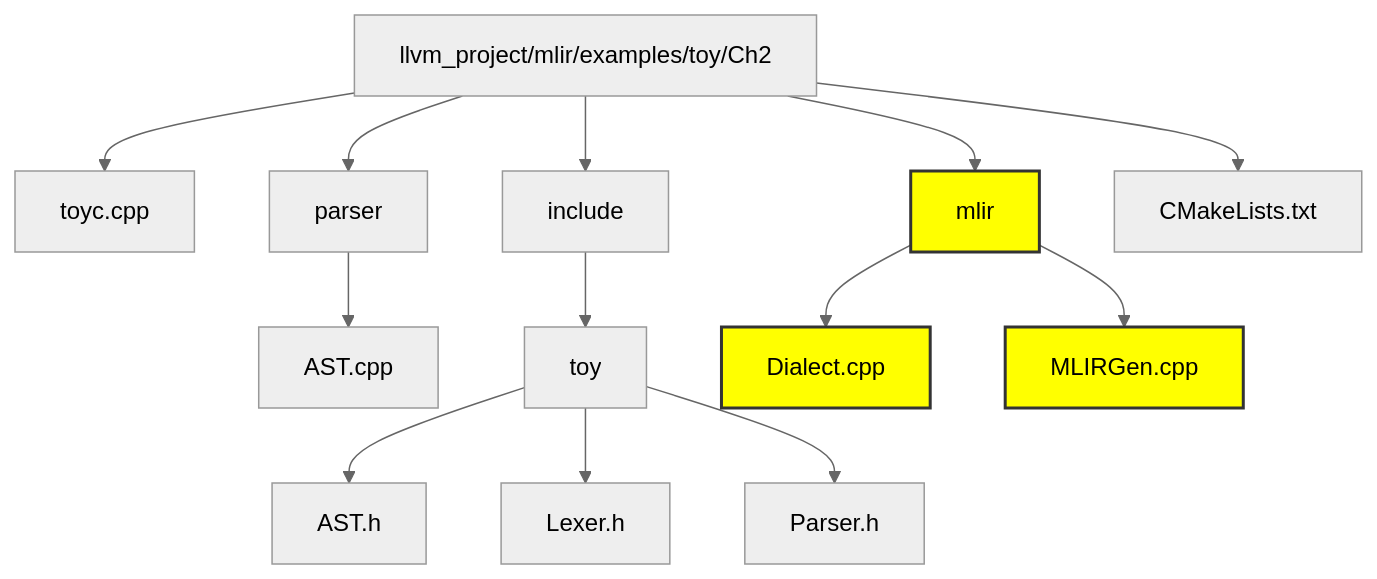
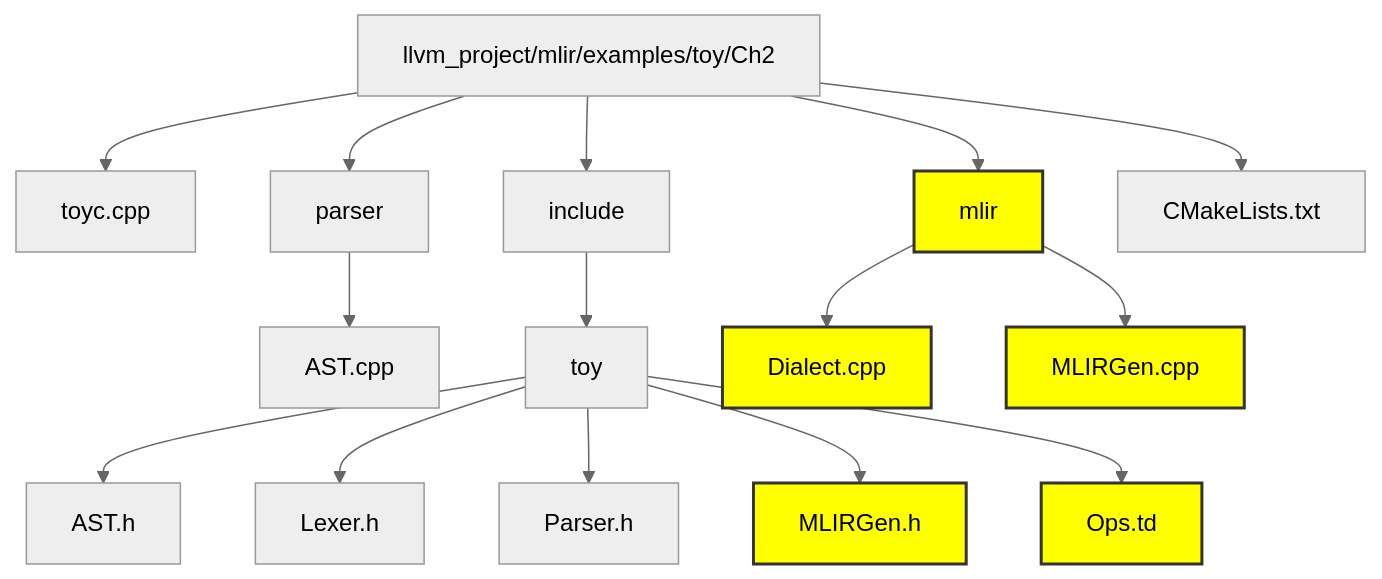
Before and after one commit to Ameya674/mlir_for_beginners: the first of 2 diagrams in Ch2.md, drawn with Mermaid (neutral theme). The commit also changed other lines of this file, not shown here.

````diff
--- a/Ch2.md
+++ b/Ch2.md
@@ -7,44 +7,50 @@
 ```mermaid
 graph TD
   ch2_compiler["llvm_project/mlir/examples/toy/Ch2"]
 
   toyc.cpp["toyc.cpp"]
   include["include"]
   parser["parser"]
   mlir["mlir"] 
   cmakelists.txt["CMakeLists.txt"]
 
   ch2_compiler --> toyc.cpp
   ch2_compiler --> include
   ch2_compiler --> parser
   ch2_compiler --> mlir
   ch2_compiler --> cmakelists.txt
 
   AST.cpp["AST.cpp"]
 
   parser --> AST.cpp
 
   toy["toy"]
 
   include --> toy
 
   AST.h["AST.h"]
   Lexer.h["Lexer.h"]
   Parser.h["Parser.h"]
+  MLIRGen.h["MLIRGen.h"]
+  Ops.td["Ops.td"]
 
   toy --> AST.h
   toy --> Lexer.h
   toy --> Parser.h
+  toy --> MLIRGen.h
+  toy --> Ops.td
 
   Dialect.cpp["Dialect.cpp"] 
   MLIRGen.cpp["MLIRGen.cpp"] 
 
   mlir --> Dialect.cpp
   mlir --> MLIRGen.cpp
 
   classDef yellow fill:#ff0,stroke:#333,stroke-width:2px,color:#000;
 
   class mlir yellow
   class Dialect.cpp yellow
   class MLIRGen.cpp yellow
+  class MLIRGen.h yellow
+  class Ops.td yellow
 ```
````
